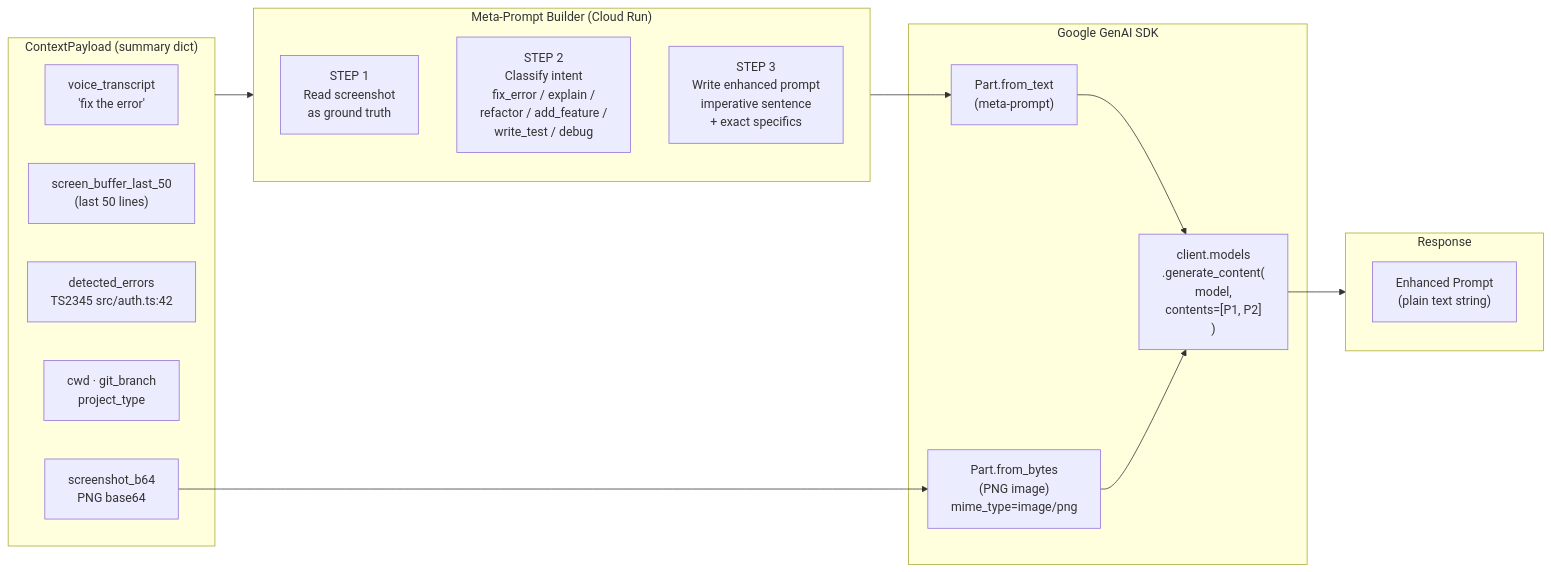
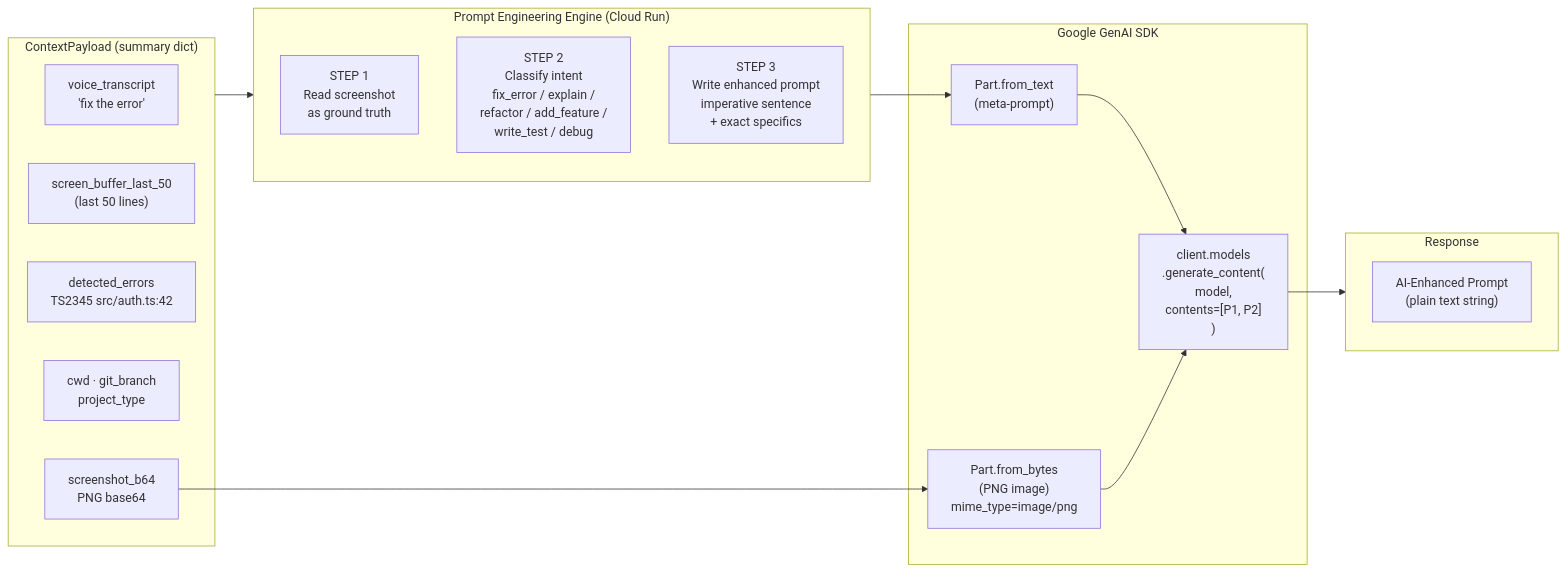
The fourth of 9 diagrams in docs/system_design.md (VinnyBabuManjaly/PromptShell), drawn with Mermaid before and after one commit. The commit also changed other lines of this file and 5 other files, not shown here.

First line of the commit message:
Update documentation with enhanced architecture diagrams and improved terminology

````diff
--- a/docs/system_design.md
+++ b/docs/system_design.md
@@ -164,33 +164,33 @@
 ```mermaid
 flowchart LR
     subgraph INPUT["ContextPayload (summary dict)"]
         VT["voice_transcript<br/>'fix the error'"]
         SB["screen_buffer_last_50<br/>(last 50 lines)"]
         DE["detected_errors<br/>TS2345 src/auth.ts:42"]
         CWD["cwd · git_branch<br/>project_type"]
         SS["screenshot_b64<br/>PNG base64"]
     end
 
-    subgraph BUILDER["Meta-Prompt Builder (Cloud Run)"]
+    subgraph BUILDER["Prompt Engineering Engine (Cloud Run)"]
         S1["STEP 1<br/>Read screenshot<br/>as ground truth"]
         S2["STEP 2<br/>Classify intent<br/>fix_error / explain /<br/>refactor / add_feature /<br/>write_test / debug"]
         S3["STEP 3<br/>Write enhanced prompt<br/>imperative sentence<br/>+ exact specifics"]
     end
 
     subgraph GENAI["Google GenAI SDK"]
         P1["Part.from_text<br/>(meta-prompt)"]
         P2["Part.from_bytes<br/>(PNG image)<br/>mime_type=image/png"]
         REQ["client.models<br/>.generate_content(<br/>  model,<br/>  contents=[P1, P2]<br/>)"]
     end
 
     subgraph OUTPUT["Response"]
-        EP["Enhanced Prompt<br/>(plain text string)"]
+        EP["AI-Enhanced Prompt<br/>(plain text string)"]
     end
 
     INPUT --> BUILDER
     BUILDER --> P1
     SS --> P2
     P1 --> REQ
     P2 --> REQ
     REQ --> OUTPUT
 ```
````
